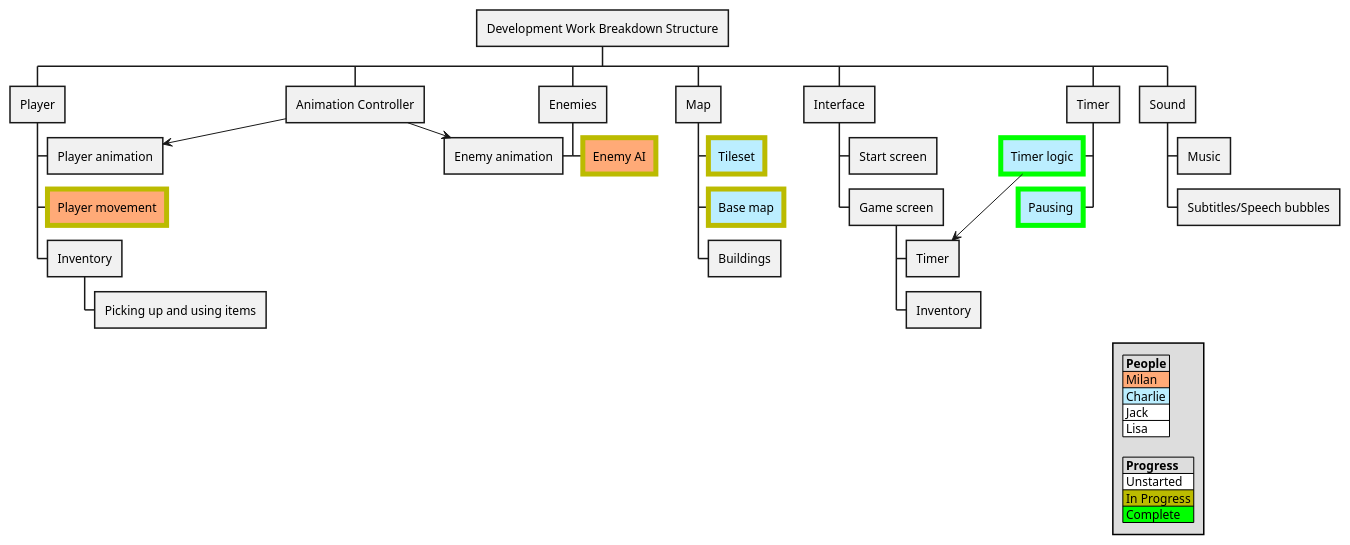
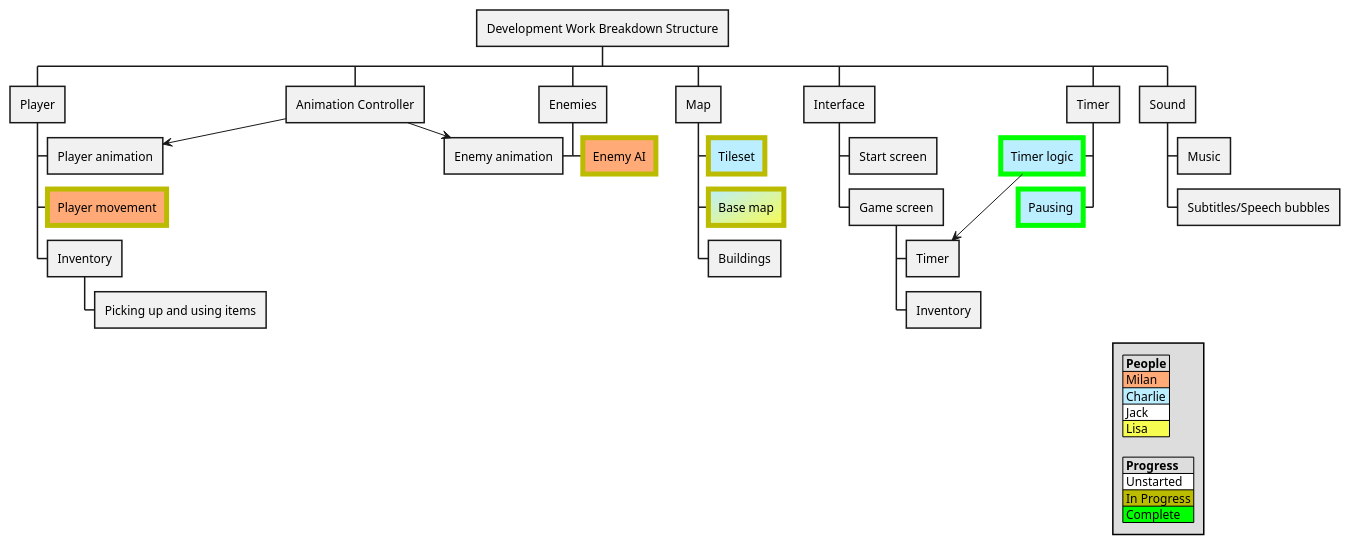
Before and after one commit to Abdul-018/CallOfGoosulhu: the diagram in charts/test.puml, drawn with PlantUML.

Commit message:
Added Lisa's colour
Added Lisa's colour

```diff
--- a/charts/test.puml
+++ b/charts/test.puml
@@ -1,103 +1,90 @@
 @startwbs
 <style>
-' Milan
+' Ownership colours
 .milan {
   BackgroundColor #ffaa77;
 }
-.milan_prog {
-  BackgroundColor #ffaa77;
-  LineColor #BBBB00;
-  LineThickness 5.0
-}
-.milan_done {
-  BackgroundColor #ffaa77;
-  LineColor #00FF00;
-  LineThickness 5.0
-}
-' Charlie
 .charlie {
   BackgroundColor #bbeeff;
 }
-.charlie_prog {
-  BackgroundColor #bbeeff;
-  LineColor #BBBB00;
-  LineThickness 5.0
-}
-.charlie_done {
-  BackgroundColor #bbeeff;
-  LineColor #00FF00;
-  LineThickness 5.0
-}
-' Jack
 .jack {
   BackgroundColor #ffffff;
 }
-.jack_prog {
-  BackgroundColor #ffffff;
-  LineColor #BBBB00;
-  LineThickness 5.0
-}
-.jack_done {
-  BackgroundColor #ffffff;
-  LineColor #00FF00;
-  LineThickness 5.0
-}
-' Lisa
 .lisa {
-  BackgroundColor #ffffff;
-}
-.lisa_prog {
-  BackgroundColor #ffffff;
-  LineColor #BBBB00;
-  LineThickness 5.0
-}
-.lisa_done {
-  BackgroundColor #ffffff;
-  LineColor #00FF00;
-  LineThickness 5.0
+  BackgroundColor #f7fc51;
 }
 
+' Shared ownership colours
+.milan_charlie {
+  BackgroundColor #ffaa77/#bbeeff;
+}
+.milan_jack {
+  BackgroundColor #ffaa77/#ffffff;
+}
+.milan_lisa {
+  BackgroundColor #ffaa77/#f7fc51;
+}
+.charlie_jack {
+  BackgroundColor #bbeeff/#ffffff;
+}
+.charlie_lisa {
+  BackgroundColor #bbeeff/#f7fc51;
+}
+.jack_lisa {
+  BackgroundColor #ffffff/#f7fc51;
+}
+
+' Progress indicators
+.prog {
+  LineColor #BBBB00;
+  LineThickness 5.0;
+}
+.done {
+  LineColor #00FF00;
+  LineThickness 5.0;
+}
 </style>
 legend right
   |= People |
   |<#ffaa77> Milan |
   |<#bbeeff> Charlie |
   |<#ffffff> Jack |
-  |<#ffffff> Lisa |
+  |<#f7fc51> Lisa |
 
   |= Progress |
   |<#0000000> Unstarted |
   |<#BBBB00> In Progress |
   |<#00FF00> Complete |
 endlegend
+
 * Development Work Breakdown Structure
 ** Player
 *** "Player animation" as pAnim
-*** Player movement <<milan_prog>>
+*** Player movement <<milan>><<prog>>
 *** Inventory
 **** Picking up and using items
 ** "Animation Controller" as anim
 ** Enemies
 ***< "Enemy animation" as eAnim
-*** Enemy AI <<milan_prog>>
+*** Enemy AI <<milan>><<prog>>
 ** Map
-*** Tileset <<charlie_prog>>
-*** Base map <<charlie_prog>>
+*** Tileset <<charlie>><<prog>>
+*** Base map <<charlie_lisa>><<prog>>
 *** Buildings
 ** Interface
 *** Start screen
 *** Game screen
 **** "Timer" as timer_ui
 **** Inventory
 ** Timer
-***< "Timer logic <<charlie_done>>" as timer_logic
-***< Pausing <<charlie_done>>
+***< "Timer logic <<charlie>><<done>>" as timer_logic
+***< Pausing <<charlie>><<done>>
 ** Sound
 *** Music
 *** Subtitles/Speech bubbles
 
 ' Arrows here
 anim -> pAnim
 anim -> eAnim
 timer_logic -> timer_ui
 @endwbs
```
